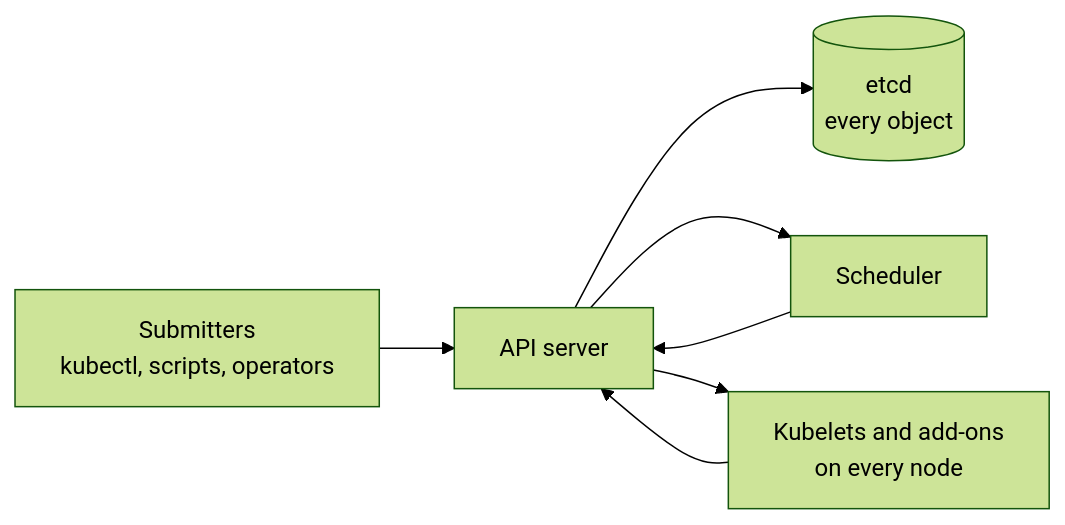
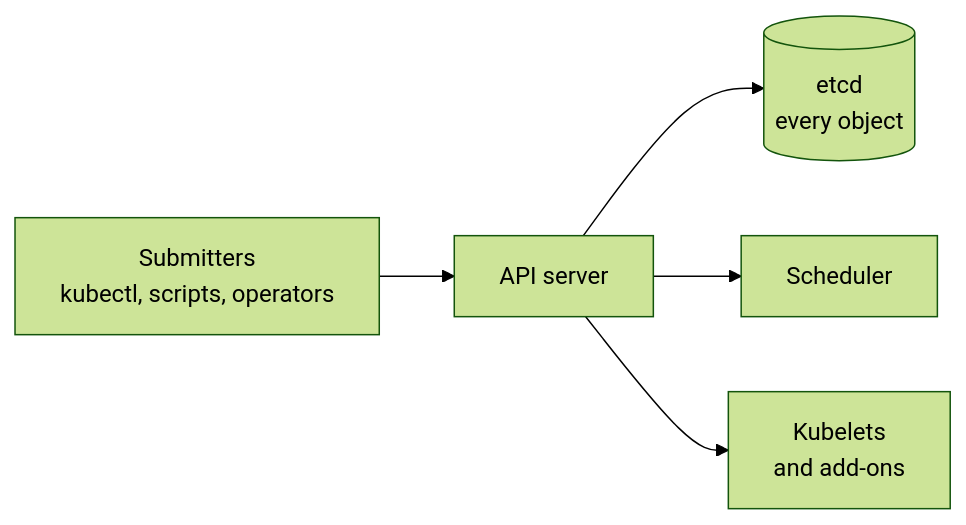
The diagram in fields/devops/kubernetes/kubernetes-at-hpc-scale.md (AhmedYousriSobhi/aCupOfTea), drawn with Mermaid (forest theme) before and after one commit.

Commit message:
docs: simplify the scale diagram on the Kubernetes at HPC scale page
The two return arrows crowded the API server and the label wrapped as add-/ons. Render-tested with the pinned Mermaid 12.2.0 in headless Chromium.

````diff
--- a/fields/devops/kubernetes/kubernetes-at-hpc-scale.md
+++ b/fields/devops/kubernetes/kubernetes-at-hpc-scale.md
@@ -65,9 +65,7 @@
 ```mermaid
 flowchart LR
     S["Submitters<br/>kubectl, scripts, operators"] --> A["API server"]
     A --> E[("etcd<br/>every object")]
     A --> SC["Scheduler"]
-    A --> K["Kubelets and add-ons<br/>on every node"]
-    SC --> A
-    K --> A
+    A --> K["Kubelets<br/>and add-ons"]
 ```
````
